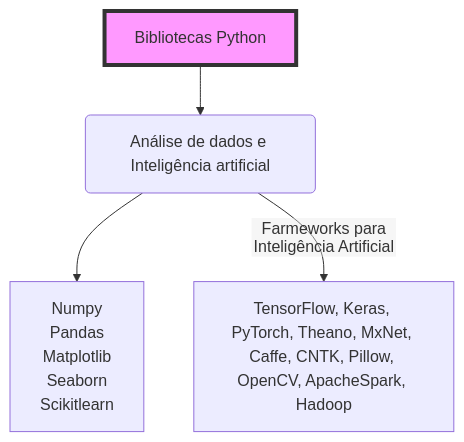
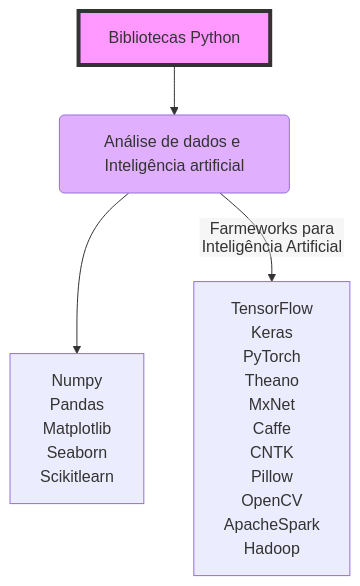
Before and after one commit to francojra/mapa_do_paython: the diagram in mapa_do_python.qmd, drawn with Mermaid.

````diff
--- a/mapa_do_python.qmd
+++ b/mapa_do_python.qmd
@@ -200,14 +200,26 @@
 ```{mermaid}
 %%{init: {"flowchart": {"htmlLabels": false}} }%%
 flowchart TD
-    id1["`Bibliotecas Python`"]
-    id1-->C("`Análise de dados e Inteligência artificial`")
-    C -->D["`Numpy
+    id1["Bibliotecas Python"]
+    id1-->id2("Análise de dados e Inteligência artificial")
+    id2 -->D["Numpy
            Pandas
            Matplotlib
            Seaborn
-           Scikitlearn`"]
-    C -- "`Farmeworks para Inteligência Artificial`" --> E["`TensorFlow, Keras, PyTorch, Theano, MxNet, Caffe, CNTK, Pillow, OpenCV, ApacheSpark, Hadoop`"]
+           Scikitlearn"]
+    id2 -- "Farmeworks para 
+    Inteligência Artificial" --> E["TensorFlow
+       Keras
+       PyTorch
+       Theano
+       MxNet
+       Caffe
+       CNTK
+       Pillow
+       OpenCV
+       ApacheSpark
+       Hadoop"]
     
     style id1 fill:#f9f,stroke:#333,stroke-width:4px
+    style id2 fill:#e0b0ff
 ```
````
